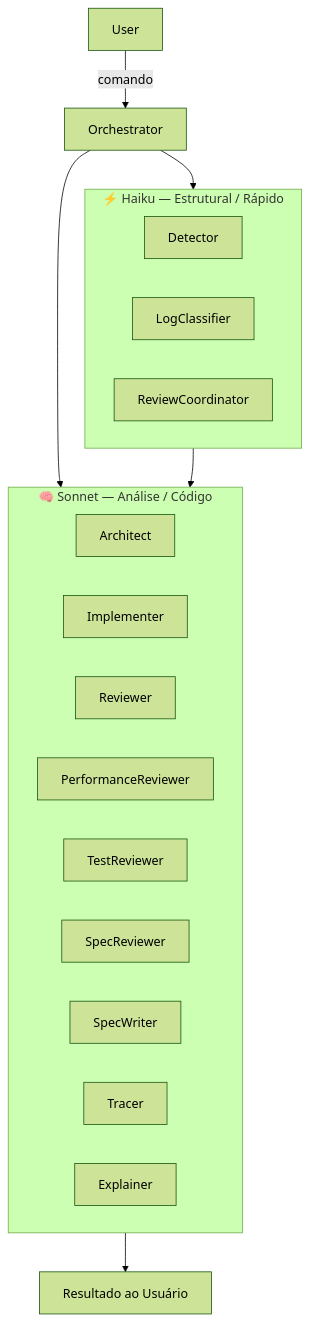
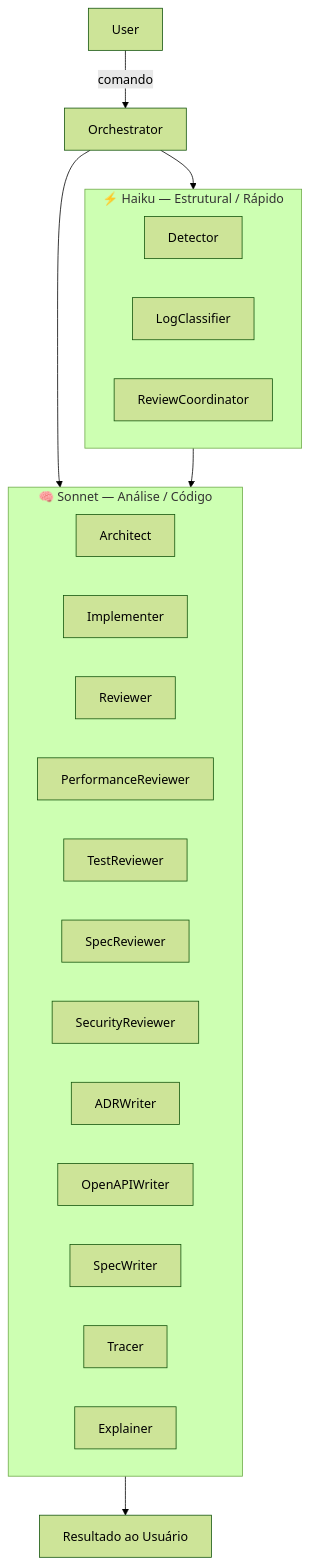
Before and after one commit to Leock9/engineer-workflow-claude: the first of 2 diagrams in README.md, drawn with Mermaid (forest theme). The commit also changed other lines of this file and 1 other file, not shown here.

Commit message:
docs: update architecture and commands sections to reflect new agent and command counts

````diff
--- a/README.md
+++ b/README.md
@@ -23,26 +23,29 @@
 ```mermaid
 graph TD
     subgraph Haiku["⚡ Haiku — Estrutural / Rápido"]
         D[Detector]
         LC[LogClassifier]
         RC[ReviewCoordinator]
     end
 
     subgraph Sonnet["🧠 Sonnet — Análise / Código"]
         A[Architect]
         I[Implementer]
         RV[Reviewer]
         PR[PerformanceReviewer]
         TR[TestReviewer]
         SR[SpecReviewer]
+        SecR[SecurityReviewer]
+        AW[ADRWriter]
+        OW[OpenAPIWriter]
         SW[SpecWriter]
         T[Tracer]
         E[Explainer]
     end
 
     User -->|comando| Orchestrator
     Orchestrator --> Haiku
     Orchestrator --> Sonnet
     Haiku --> Sonnet
     Sonnet --> Output[Resultado ao Usuário]
 ```
````
